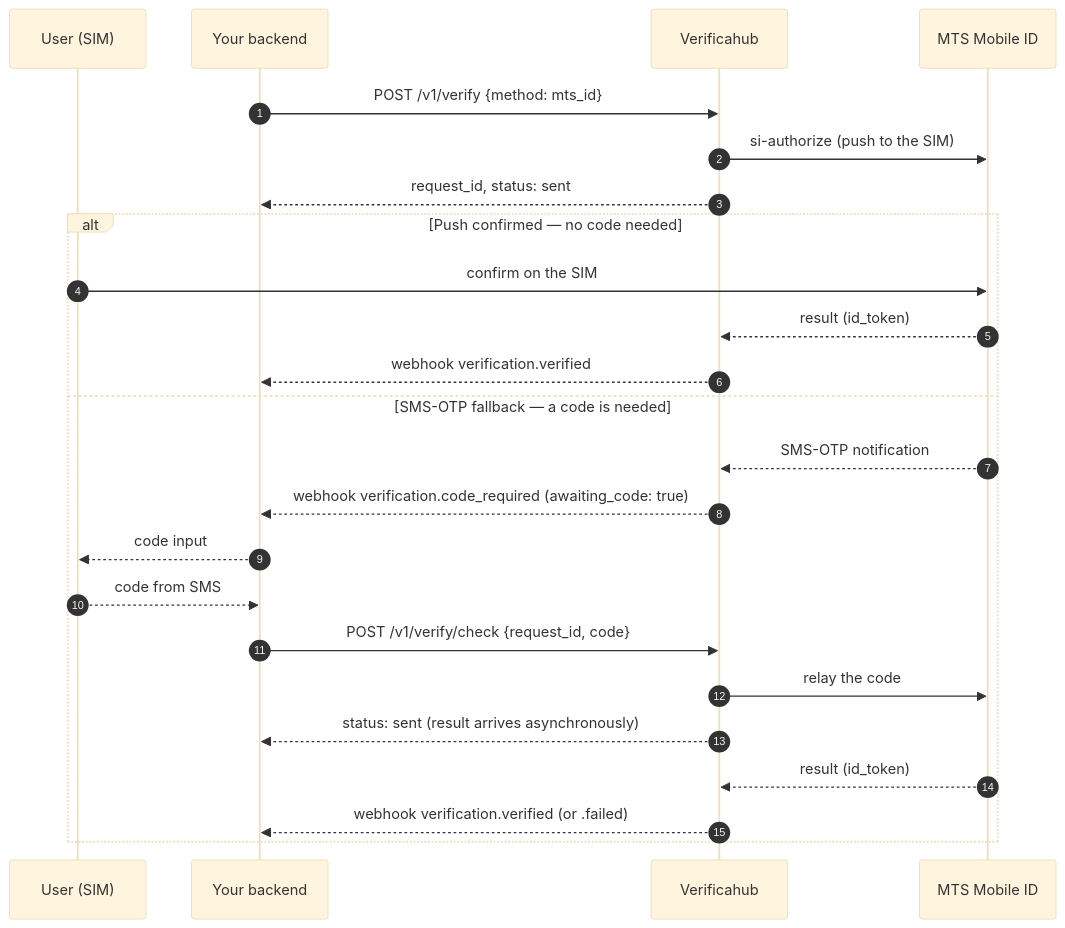
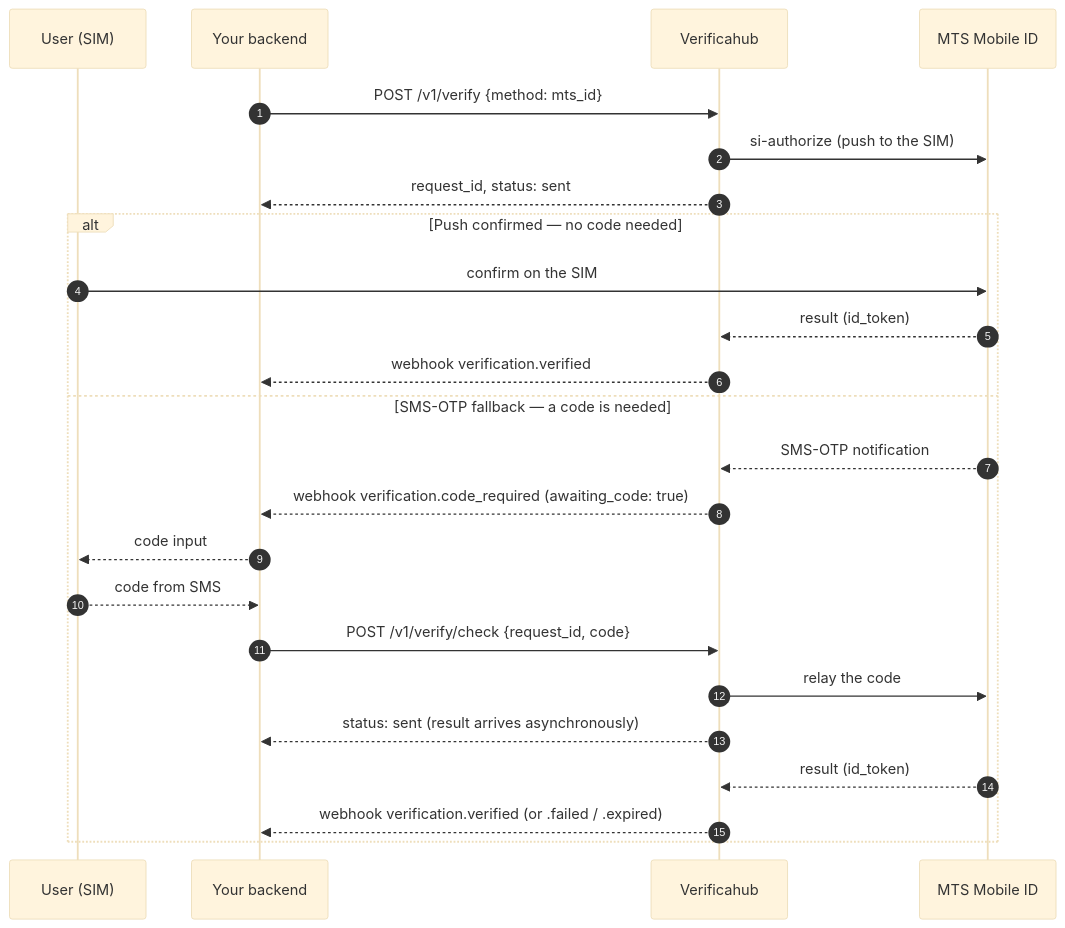
The fourth of 4 diagrams in i18n/en/docusaurus-plugin-content-docs/current/integration/flows.md (verificahub/verificahub-docs), drawn with Mermaid (base theme) before and after one commit. The commit also changed other lines of this file and 7 other files, not shown here.

````diff
--- a/i18n/en/docusaurus-plugin-content-docs/current/integration/flows.md
+++ b/i18n/en/docusaurus-plugin-content-docs/current/integration/flows.md
@@ -116,26 +116,26 @@
 ```mermaid
 sequenceDiagram
     autonumber
     participant U as User (SIM)
     participant App as Your backend
     participant VH as Verificahub
     participant MTS as MTS Mobile ID
     App->>VH: POST /v1/verify {method: mts_id}
     VH->>MTS: si-authorize (push to the SIM)
     VH-->>App: request_id, status: sent
     alt Push confirmed — no code needed
         U->>MTS: confirm on the SIM
         MTS-->>VH: result (id_token)
         VH-->>App: webhook verification.verified
     else SMS-OTP fallback — a code is needed
         MTS-->>VH: SMS-OTP notification
         VH-->>App: webhook verification.code_required (awaiting_code: true)
         App-->>U: code input
         U-->>App: code from SMS
         App->>VH: POST /v1/verify/check {request_id, code}
         VH->>MTS: relay the code
         VH-->>App: status: sent (result arrives asynchronously)
         MTS-->>VH: result (id_token)
-        VH-->>App: webhook verification.verified (or .failed)
+        VH-->>App: webhook verification.verified (or .failed / .expired)
     end
 ```
````
